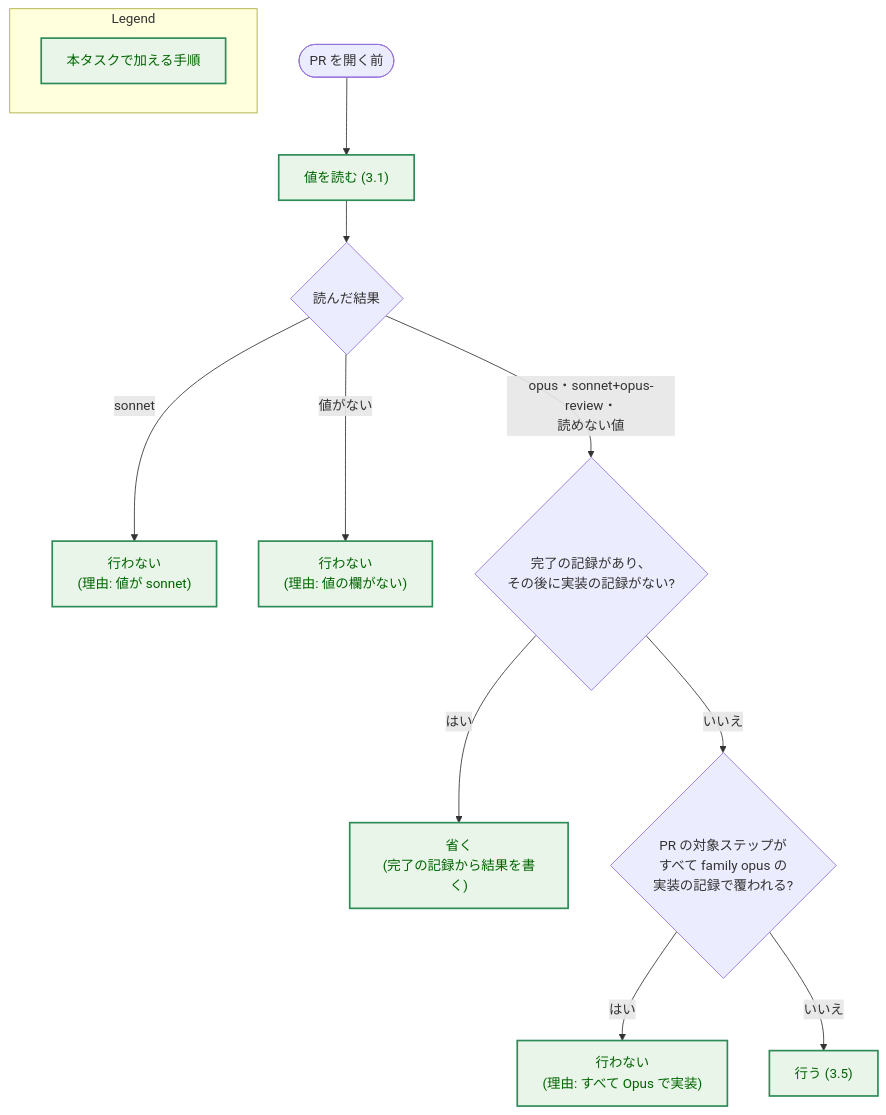
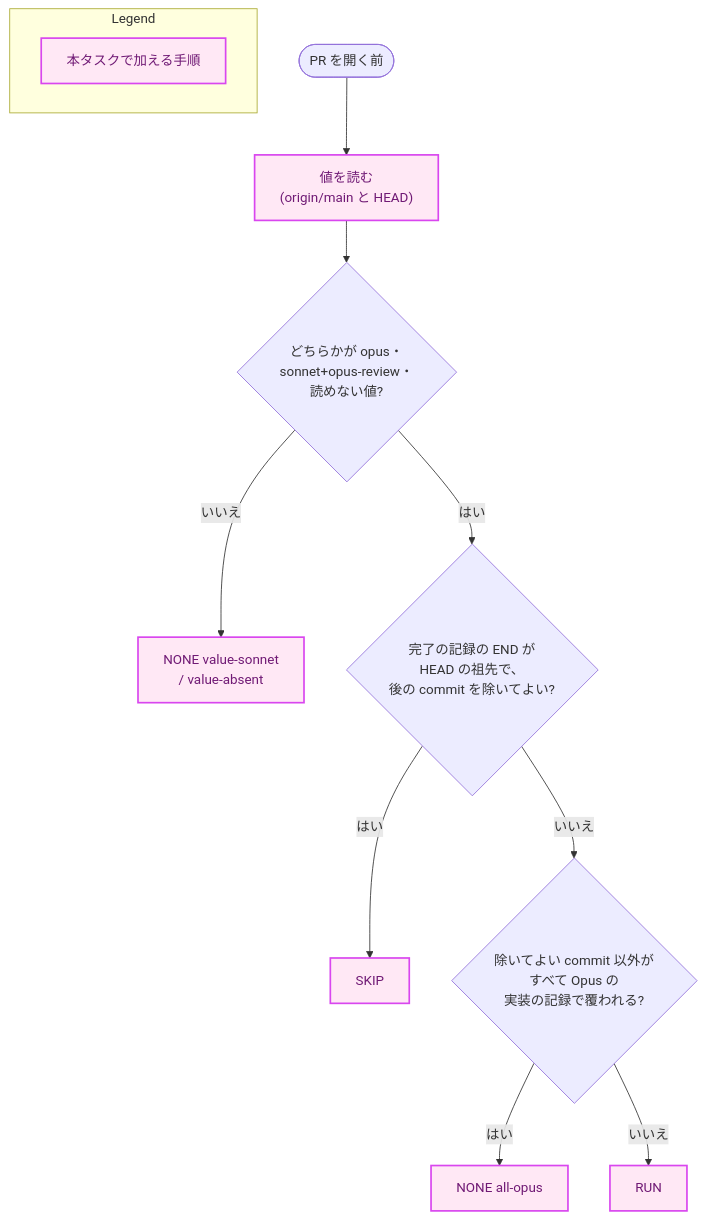
One commit to isseis/yt2column changed the fourth of 5 diagrams in docs/tasks/0081_implementation_model_choice/02_architecture.md. Above: the diagram before and after it, drawn with Mermaid. The commit also changed other lines of this file and 1 other file, not shown here.

First line of the commit message:
docs(0081): address the architecture review and the Japanese prose pass

````diff
--- a/docs/tasks/0081_implementation_model_choice/02_architecture.md
+++ b/docs/tasks/0081_implementation_model_choice/02_architecture.md
@@ -480,22 +555,20 @@
 ```mermaid
 flowchart TD
-    classDef data fill:#e6f7ff,stroke:#1f77b4,stroke-width:1px,color:#0b3d91;
-    classDef enhanced fill:#e8f5e8,stroke:#2e8b57,stroke-width:2px,color:#006400;
+    classDef newpkg fill:#ffe8f5,stroke:#d946ef,stroke-width:2px,color:#701a75;
 
-    Start(["PR を開く前"]) --> Read["値を読む (3.1)"]
-    Read --> V{"読んだ結果"}
-    V -->|"sonnet"| No1["行わない<br>(理由: 値が sonnet)"]
-    V -->|"値がない"| No2["行わない<br>(理由: 値の欄がない)"]
-    V -->|"opus・sonnet+opus-review・<br>読めない値"| Done{"完了の記録があり、<br>その後に実装の記録がない?"}
-    Done -->|"はい"| Skip["省く<br>(完了の記録から結果を書く)"]
-    Done -->|"いいえ"| Steps{"PR の対象ステップが<br>すべて family opus の<br>実装の記録で覆われる?"}
-    Steps -->|"はい"| No3["行わない<br>(理由: すべて Opus で実装)"]
-    Steps -->|"いいえ"| Do["行う (3.5)"]
+    Start(["PR を開く前"]) --> Read["値を読む<br>(origin/main と HEAD)"]
+    Read --> V{"どちらかが opus・<br>sonnet+opus-review・<br>読めない値?"}
+    V -->|"いいえ"| No1["NONE value-sonnet<br>/ value-absent"]
+    V -->|"はい"| Done{"完了の記録の END が<br>HEAD の祖先で、<br>後の commit を除いてよい?"}
+    Done -->|"はい"| Skip["SKIP"]
+    Done -->|"いいえ"| Cover{"除いてよい commit 以外が<br>すべて Opus の<br>実装の記録で覆われる?"}
+    Cover -->|"はい"| No2["NONE all-opus"]
+    Cover -->|"いいえ"| Run["RUN"]
 
-    class Read,No1,No2,No3,Skip,Do enhanced
+    class Read,No1,No2,Skip,Run newpkg
 
     subgraph Legend["Legend"]
         L1["本タスクで加える手順"]
     end
-    class L1 enhanced
+    class L1 newpkg
 ```
````
